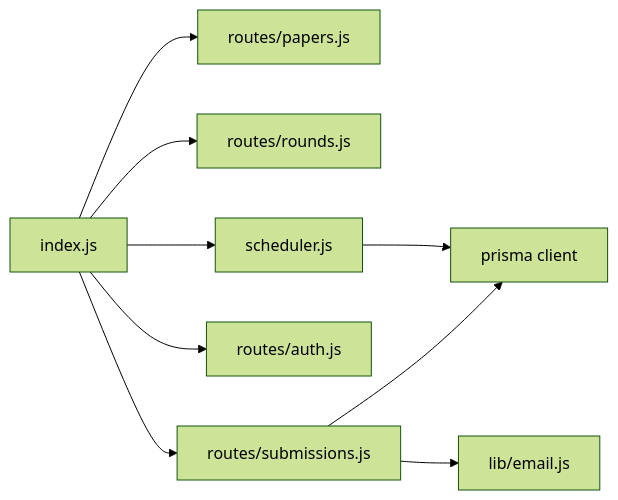
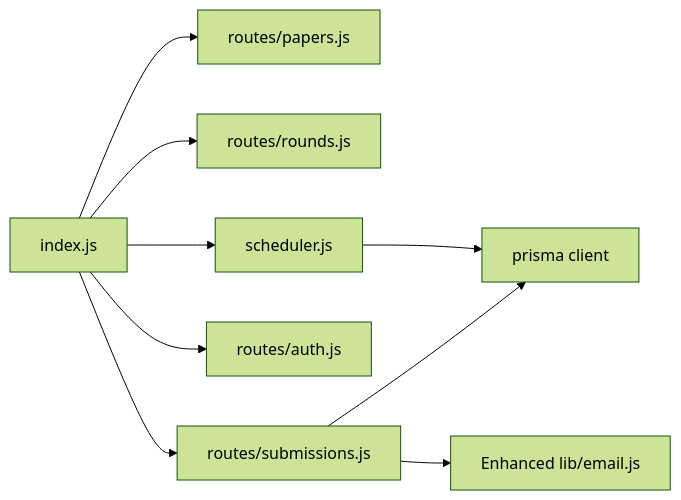
One commit to ZandileMkontwana/olympiad-portal changed the eighth of 8 diagrams in .qoder/repowiki/en/content/Results & Scoring/Automated Scoring Engine.md. Above: the diagram before and after it, drawn with Mermaid (forest theme). The commit also changed other lines of this file and 43 other files, not shown here.

````diff
--- a/.qoder/repowiki/en/content/Results & Scoring/Automated Scoring Engine.md
+++ b/.qoder/repowiki/en/content/Results & Scoring/Automated Scoring Engine.md
@@ -264,11 +308,11 @@
 ```mermaid
 graph LR
 Index["index.js"] --> Papers["routes/papers.js"]
 Index --> Rounds["routes/rounds.js"]
 Index --> Subs["routes/submissions.js"]
 Index --> Auth["routes/auth.js"]
 Index --> Sched["scheduler.js"]
 Subs --> Prisma["prisma client"]
-Subs --> Email["lib/email.js"]
+Subs --> Email["Enhanced lib/email.js"]
 Sched --> Prisma
 ```
````
